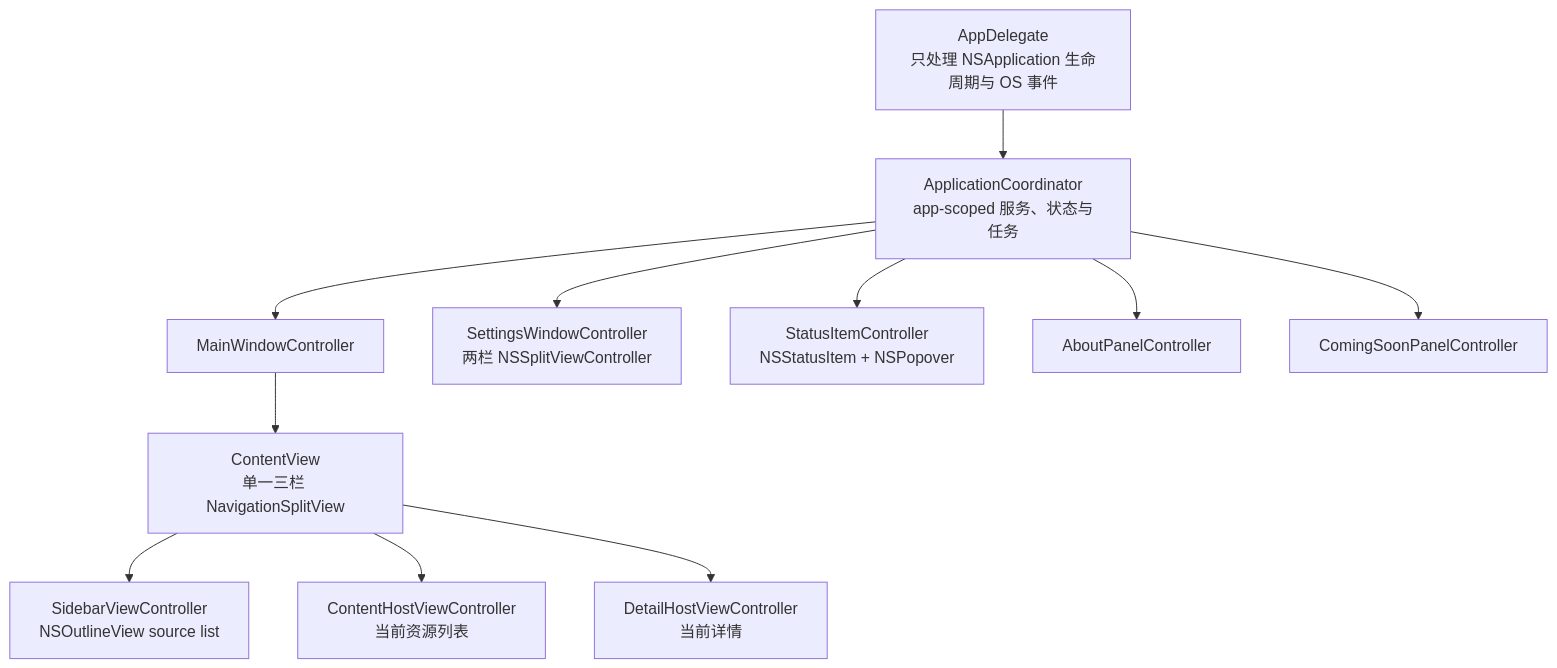
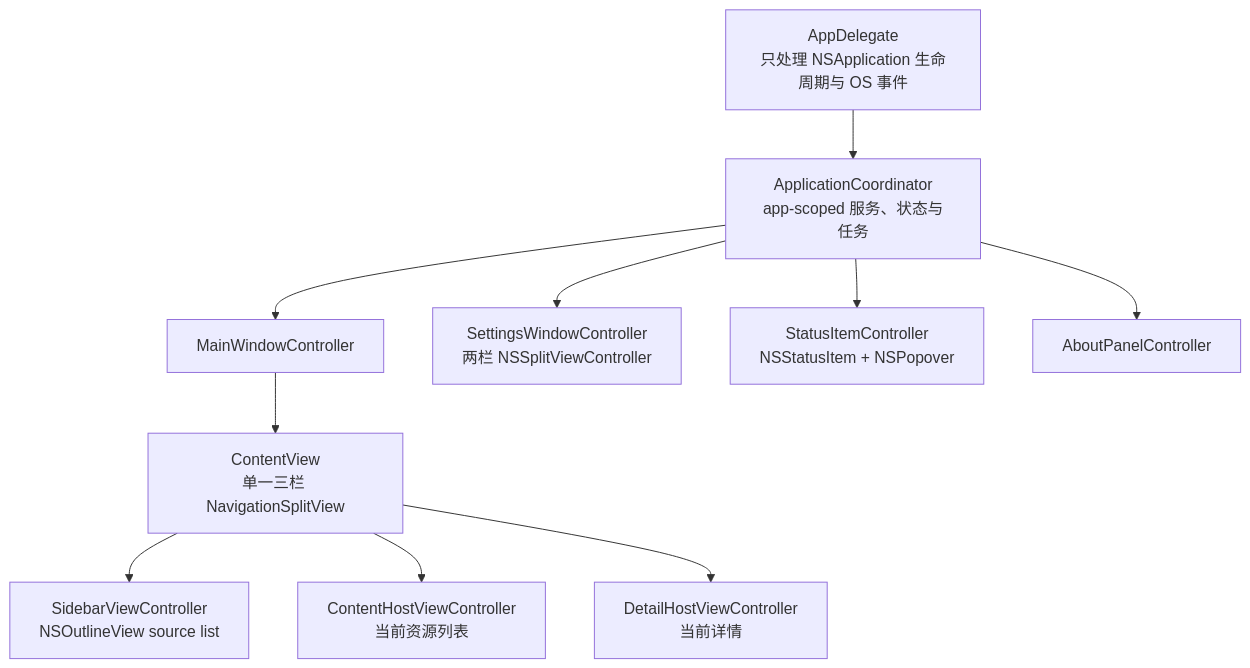
One commit to arcbox-labs/arcbox-desktop-swift changed the first of 2 diagrams in docs/appkit-migration.md. Above: the diagram before and after it, drawn with Mermaid. The commit also changed other lines of this file and 27 other files, not shown here.

````diff
--- a/docs/appkit-migration.md
+++ b/docs/appkit-migration.md
@@ -156,25 +156,23 @@
 ```mermaid
 flowchart TD
     AD["AppDelegate<br/>只处理 NSApplication 生命周期与 OS 事件"]
     AC["ApplicationCoordinator<br/>app-scoped 服务、状态与任务"]
     MW["MainWindowController"]
     MS["ContentView<br/>单一三栏 NavigationSplitView"]
     SB["SidebarViewController<br/>NSOutlineView source list"]
     CL["ContentHostViewController<br/>当前资源列表"]
     DT["DetailHostViewController<br/>当前详情"]
     SW["SettingsWindowController<br/>两栏 NSSplitViewController"]
     ST["StatusItemController<br/>NSStatusItem + NSPopover"]
     AB["AboutPanelController"]
-    CS["ComingSoonPanelController"]
 
     AD --> AC
     AC --> MW
     AC --> SW
     AC --> ST
     AC --> AB
-    AC --> CS
     MW --> MS
     MS --> SB
     MS --> CL
     MS --> DT
 ```
````
